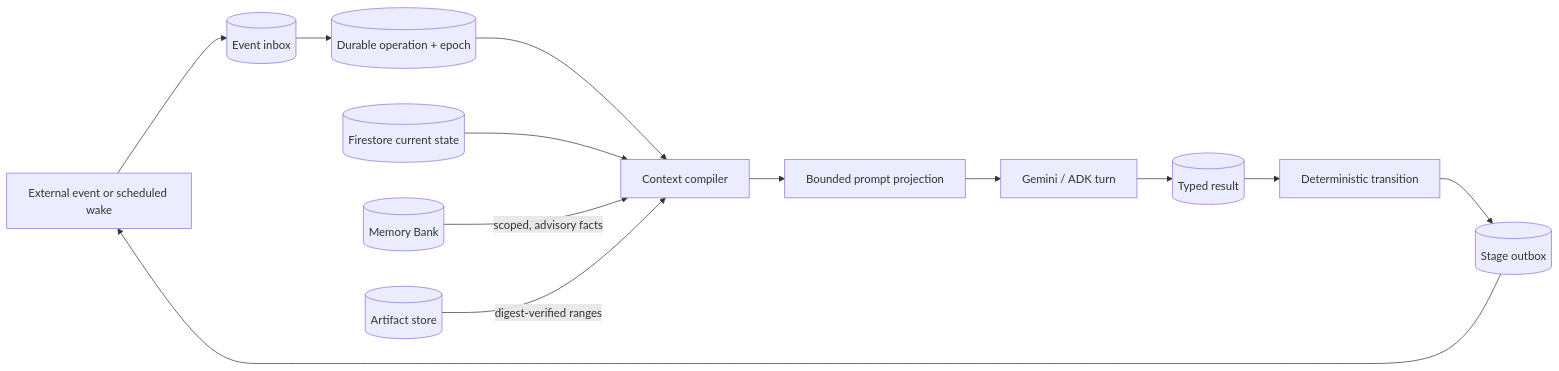
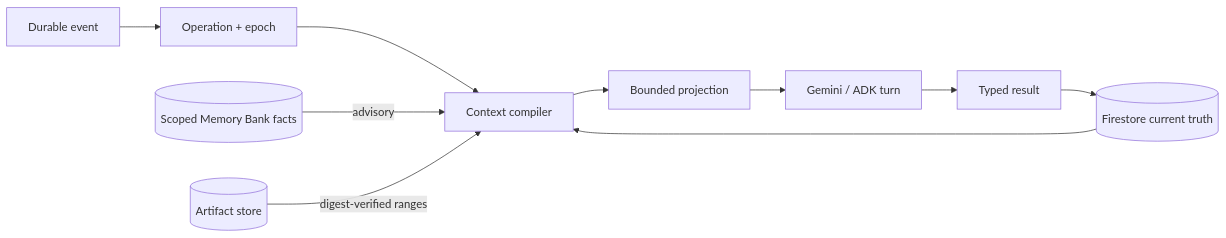
The diagram in docs/optimization/context-memory-continuity.mdx (danielAsaboro/harmonia-agents-for-humans), drawn with Mermaid before and after one commit. The commit also changed other lines of this file, not shown here.

````diff
--- a/docs/optimization/context-memory-continuity.mdx
+++ b/docs/optimization/context-memory-continuity.mdx
@@ -26,15 +71,12 @@
 ```mermaid
 flowchart LR
-    E[External event or scheduled wake] --> I[(Event inbox)]
-    I --> O[(Durable operation + epoch)]
+    E[Durable event] --> O[Operation + epoch]
     O --> C[Context compiler]
-    S[(Firestore current state)] --> C
-    M[(Memory Bank)] -->|scoped, advisory facts| C
+    F[(Firestore current truth)] --> C
+    M[(Scoped Memory Bank facts)] -->|advisory| C
     A[(Artifact store)] -->|digest-verified ranges| C
-    C --> P[Bounded prompt projection]
+    C --> P[Bounded projection]
     P --> G[Gemini / ADK turn]
-    G --> R[(Typed result)]
-    R --> X[Deterministic transition]
-    X --> Q[(Stage outbox)]
-    Q --> E
+    G --> T[Typed result]
+    T --> F
 ```
````
